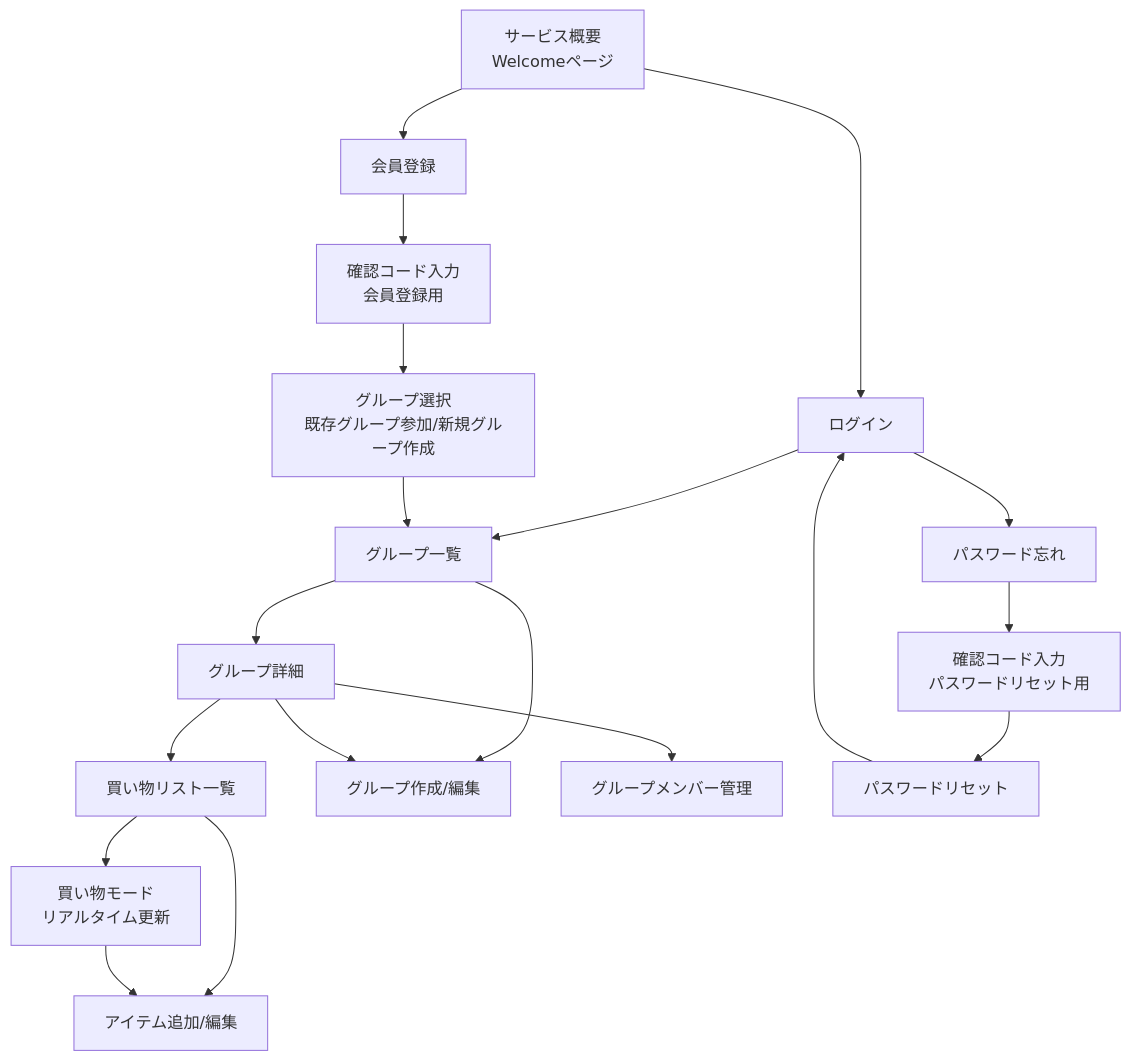
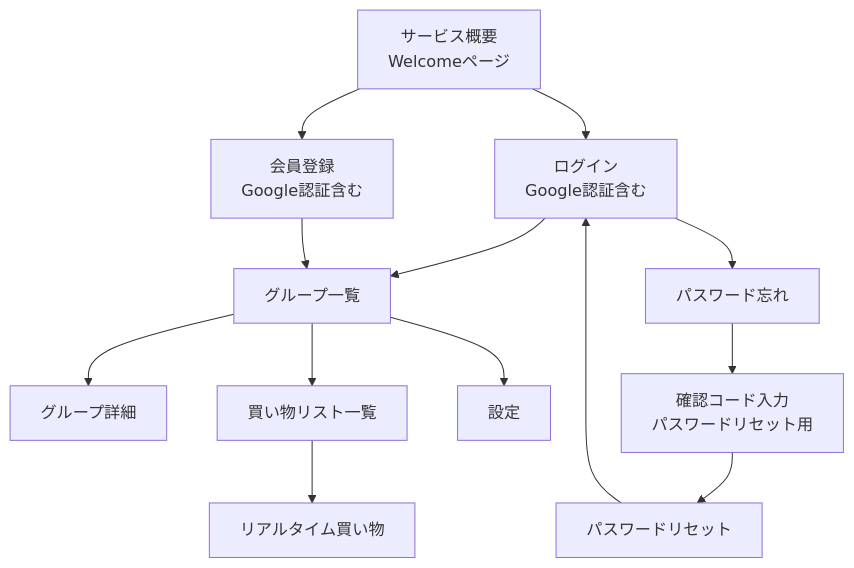
One commit to sakaguchi-0725/kaimon changed the diagram in docs/screen_transition.md. Above: the diagram before and after it, drawn with Mermaid. The commit also changed other lines of this file, not shown here.

Commit message:
docs: 画面遷移図修正

````diff
--- a/docs/screen_transition.md
+++ b/docs/screen_transition.md
@@ -25,43 +21,33 @@
 ```mermaid
 flowchart TD
     Welcome["サービス概要<br/>Welcomeページ"]
-    Login["ログイン"]
-    Register["会員登録"]
-    CodeReg["確認コード入力<br/>会員登録用"]
-    GroupSelect["グループ選択<br/>既存グループ参加/新規グループ作成"]
+    Login["ログイン<br/>Google認証含む"]
+    Register["会員登録<br/>Google認証含む"]
     GroupList["グループ一覧"]
     GroupDetail["グループ詳細"]
     ShoppingLists["買い物リスト一覧"]
-    ShoppingMode["買い物モード<br/>リアルタイム更新"]
-    ItemEdit["アイテム追加/編集"]
-    GroupEdit["グループ作成/編集"]
-    MemberManage["グループメンバー管理"]
+    ShoppingMode["リアルタイム買い物"]
+    Settings["設定"]
     ForgotPw["パスワード忘れ"]
     CodePw["確認コード入力<br/>パスワードリセット用"]
     ResetPw["パスワードリセット"]
     
     Welcome --> Login
     Welcome --> Register
     Login --> GroupList
     Login --> ForgotPw
-    Register --> CodeReg
-    CodeReg --> GroupSelect
-    GroupSelect --> GroupList
+    Register --> GroupList
     
     %% グループ関連の遷移
     GroupList --> GroupDetail
-    GroupList --> GroupEdit
-    GroupDetail --> ShoppingLists
-    GroupDetail --> MemberManage
-    GroupDetail --> GroupEdit
+    GroupList --> Settings
+    GroupList --> ShoppingLists
     
     %% 買い物リスト関連の遷移
-    ShoppingLists --> ItemEdit
     ShoppingLists --> ShoppingMode
-    ShoppingMode --> ItemEdit
     
     %% パスワードリセット関連の遷移
     ForgotPw --> CodePw
     CodePw --> ResetPw
     ResetPw --> Login
 ``` 
````
